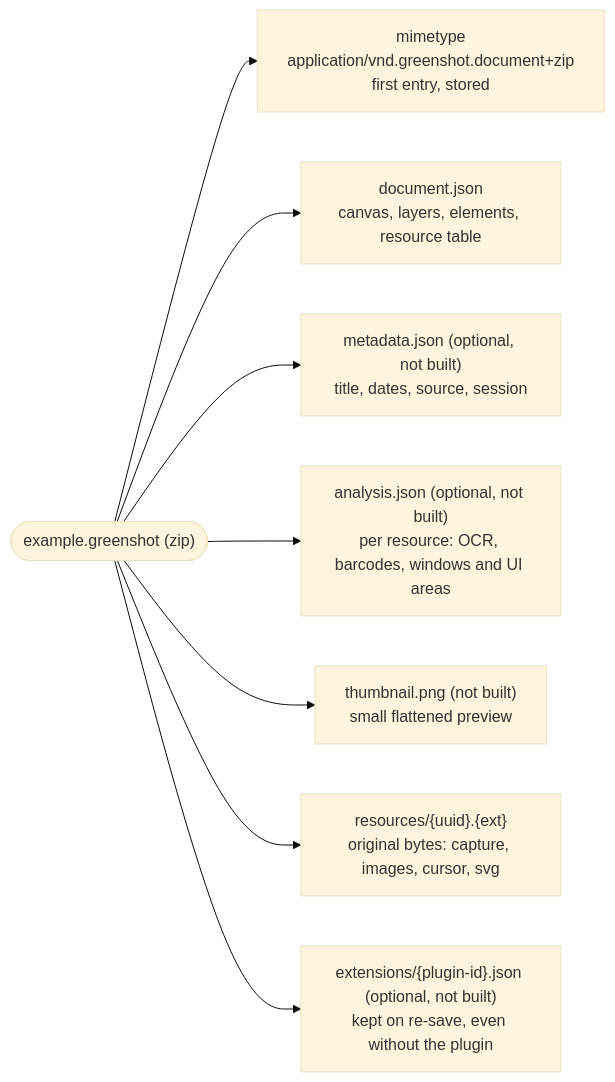
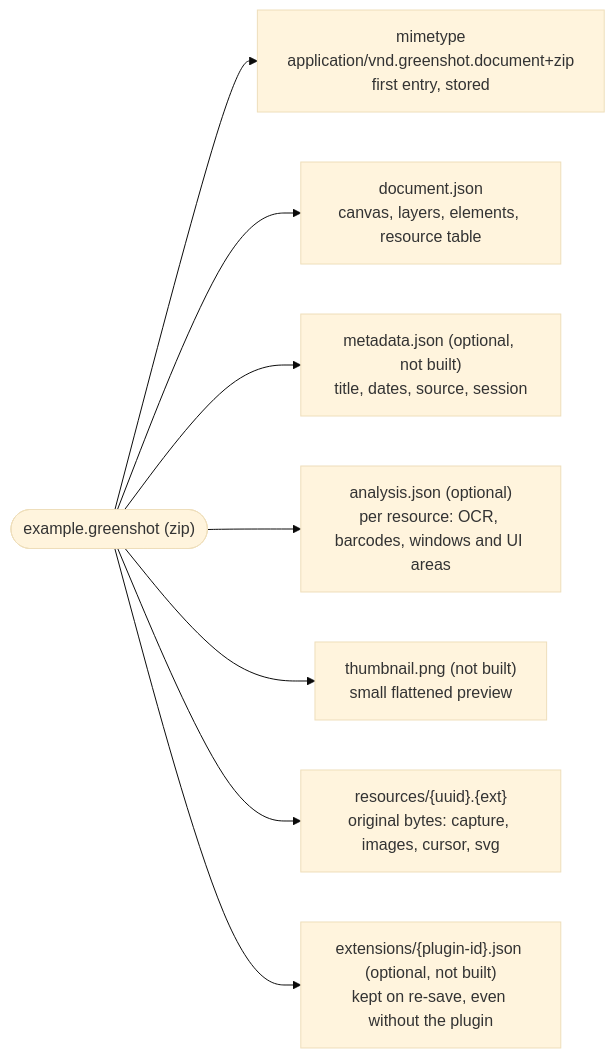
Before and after one commit to greenshot/greenshot: the fourth of 5 diagrams in docs/document-model.md, drawn with Mermaid (base theme). The commit also changed other lines of this file and 8 other files, not shown here.

First line of the commit message:
Document model: analysis.json with OCR and barcodes, carried through the editor

````diff
--- a/docs/document-model.md
+++ b/docs/document-model.md
@@ -622,11 +630,11 @@
 ```mermaid
 flowchart LR
     Zip(["example.greenshot (zip)"])
     Zip --> Mimetype["mimetype<br/>application/vnd.greenshot.document+zip<br/>first entry, stored"]
     Zip --> DocumentJson["document.json<br/>canvas, layers, elements, resource table"]
     Zip --> Metadata["metadata.json (optional, not built)<br/>title, dates, source, session"]
-    Zip --> Analysis["analysis.json (optional, not built)<br/>per resource: OCR, barcodes, windows and UI areas"]
+    Zip --> Analysis["analysis.json (optional)<br/>per resource: OCR, barcodes, windows and UI areas"]
     Zip --> Thumbnail["thumbnail.png (not built)<br/>small flattened preview"]
     Zip --> Resources["resources/{uuid}.{ext}<br/>original bytes: capture, images, cursor, svg"]
     Zip --> Extensions["extensions/{plugin-id}.json (optional, not built)<br/>kept on re-save, even without the plugin"]
 ```
````
